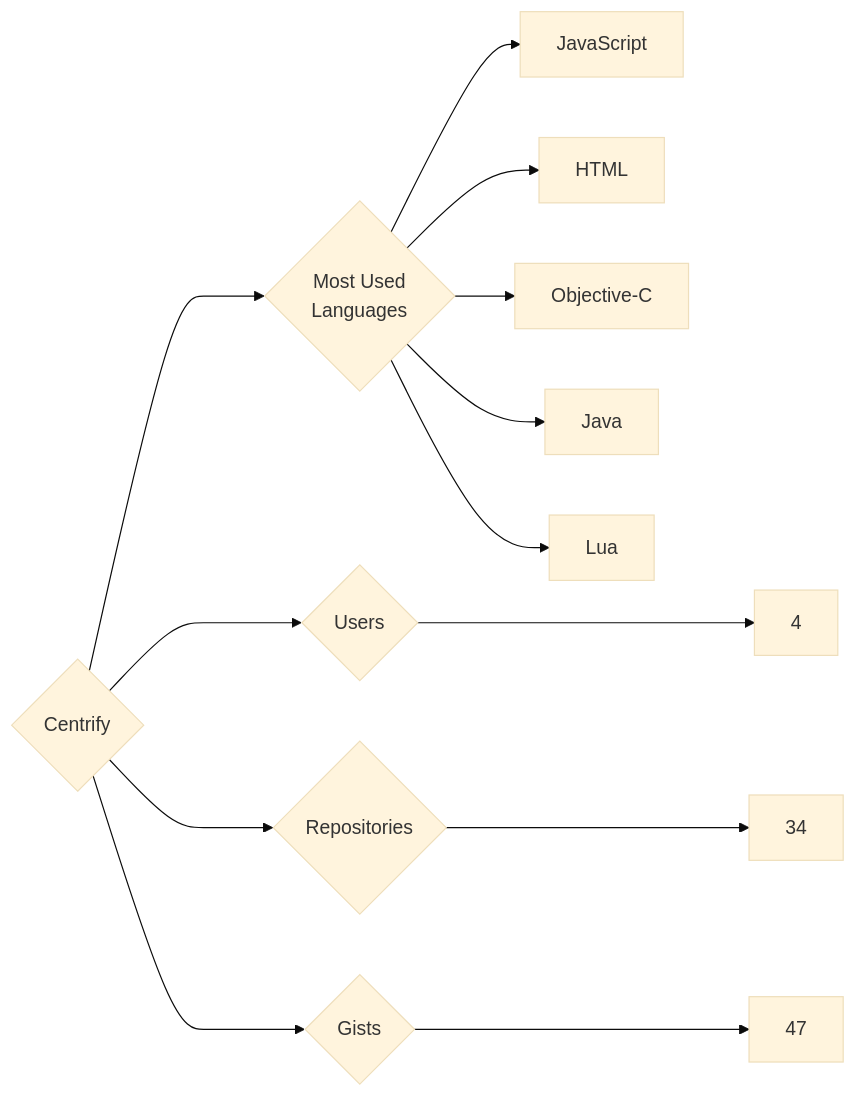
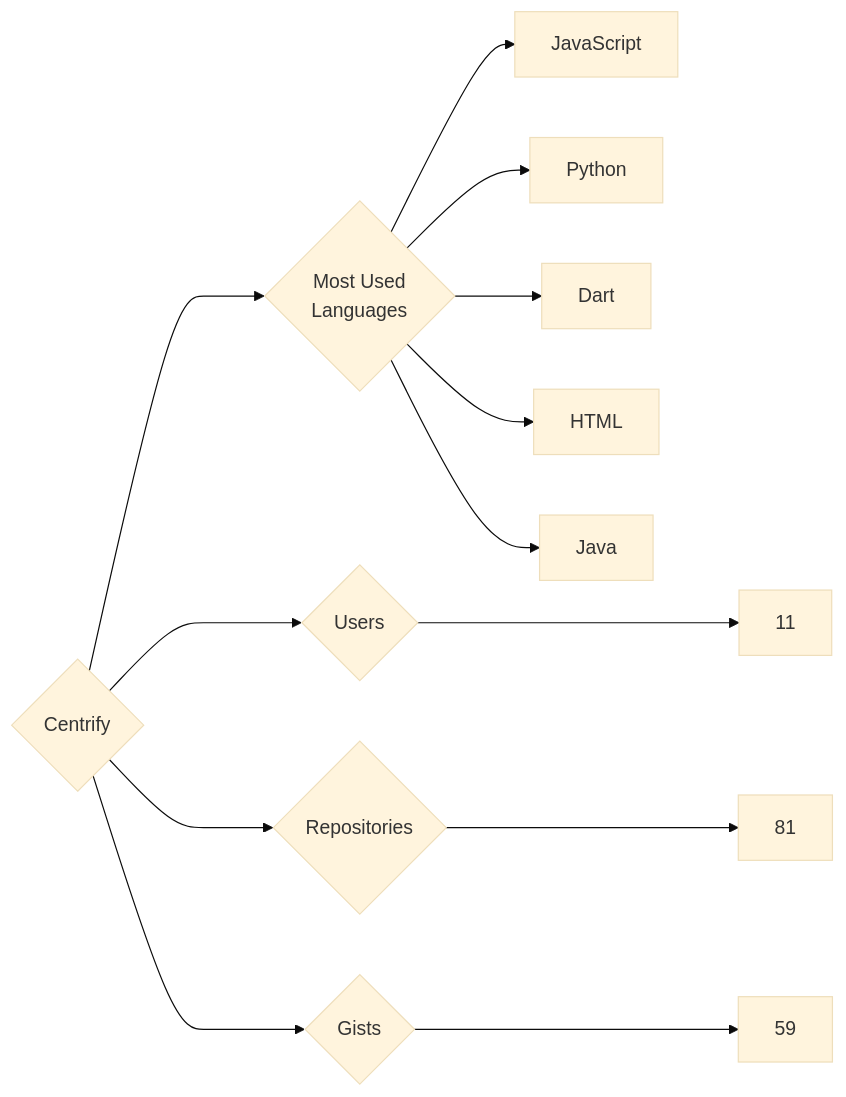
One commit to trickest/insiders changed the diagram in targets/Centrify/README.md. Above: the diagram before and after it, drawn with Mermaid (base theme). The commit also changed 1148 other files, not shown here.

````diff
--- a/targets/Centrify/README.md
+++ b/targets/Centrify/README.md
@@ -3,13 +3,13 @@
 ```mermaid
 graph LR
 COMPANY_NAME{Centrify}
-COMPANY_NAME ---> U{Users} ---> UN[4]
-COMPANY_NAME ---> R{Repositories} ---> RN[34]
-COMPANY_NAME ---> G{Gists} ---> GN[47]
+COMPANY_NAME ---> U{Users} ---> UN[11]
+COMPANY_NAME ---> R{Repositories} ---> RN[81]
+COMPANY_NAME ---> G{Gists} ---> GN[59]
 COMPANY_NAME ---> ML{Most Used<br>Languages}
 ML --> JavaScript[JavaScript]
+ML --> Python[Python]
+ML --> Dart[Dart]
 ML --> HTML[HTML]
-ML --> Objective-C[Objective-C]
 ML --> Java[Java]
-ML --> Lua[Lua]
 ```
````
